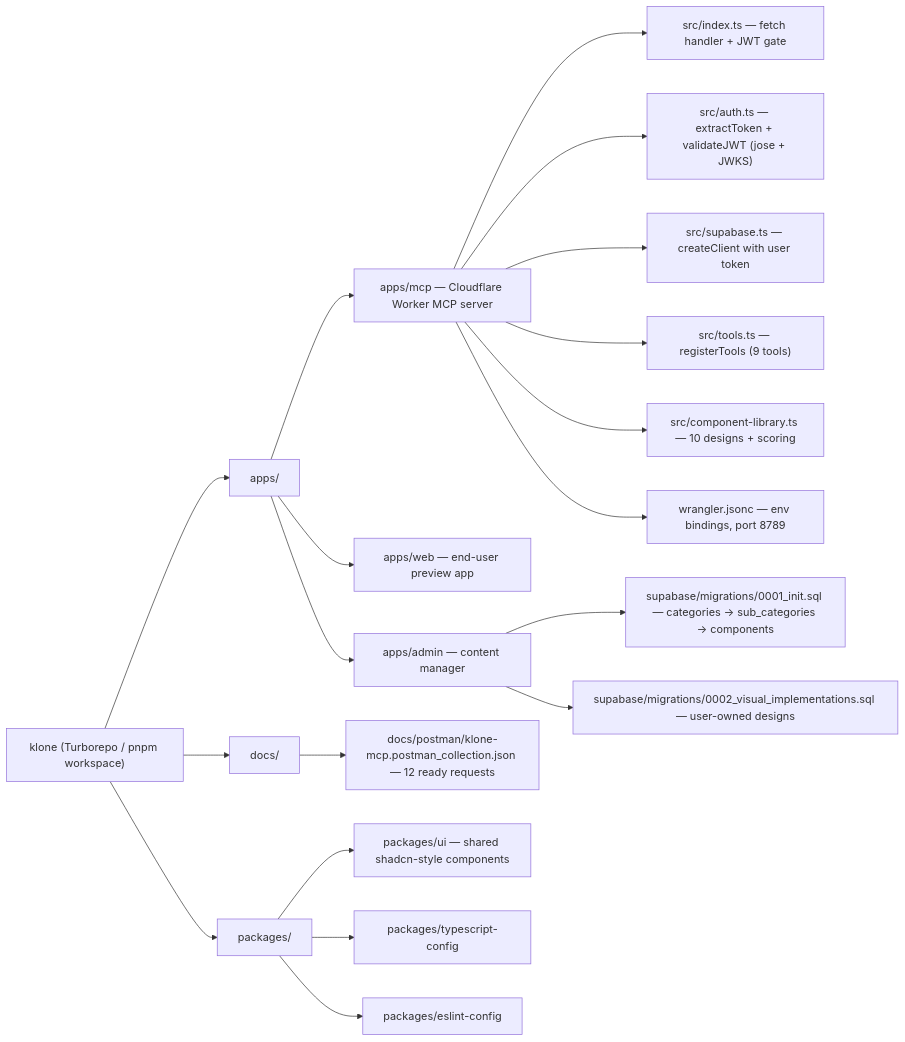
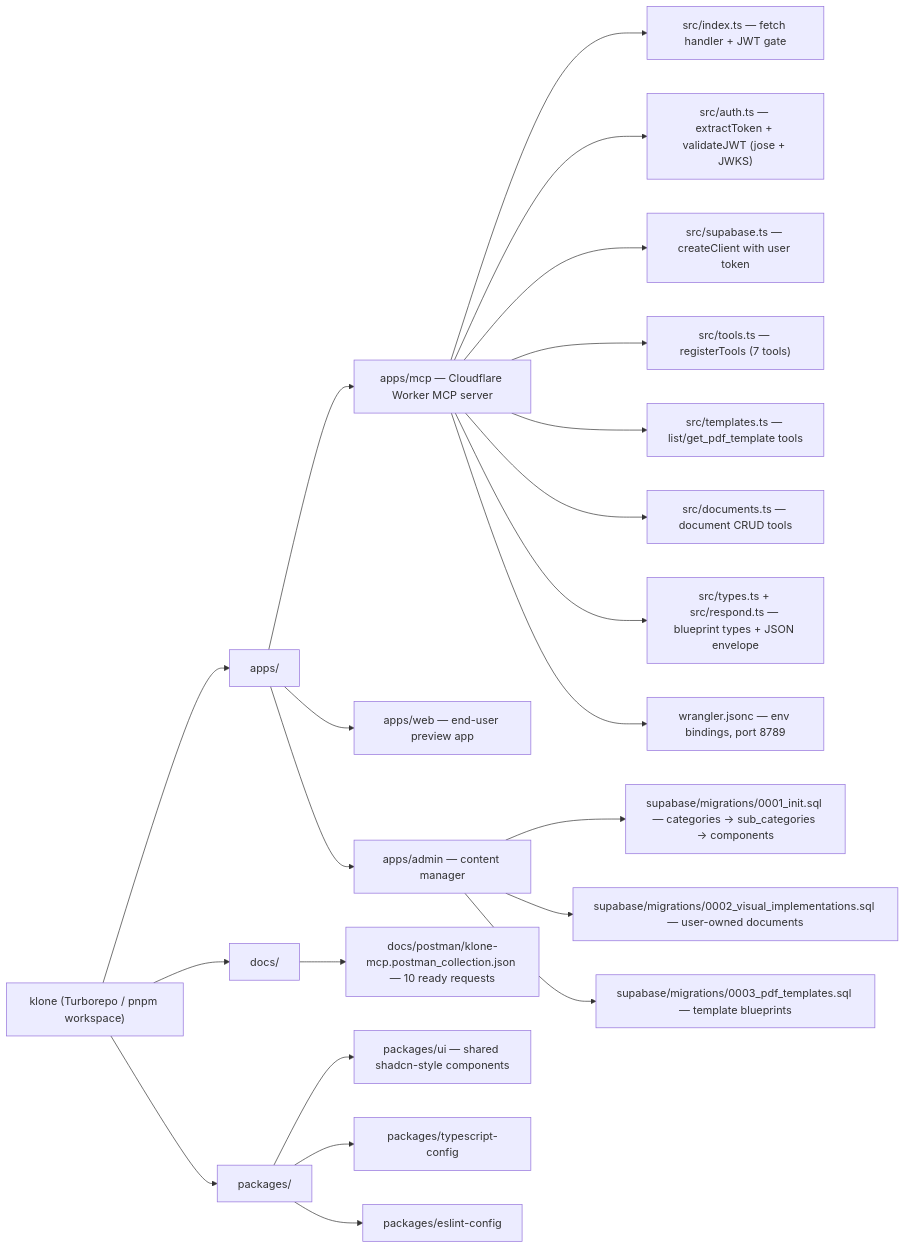
The third of 7 diagrams in README.md (iillcode/klone), drawn with Mermaid before and after one commit. The commit also changed other lines of this file and 55 other files, not shown here.

````diff
--- a/README.md
+++ b/README.md
@@ -136,25 +148,28 @@
 ```mermaid
 flowchart LR
     ROOT["klone (Turborepo / pnpm workspace)"] --> APPS["apps/"]
     ROOT --> PKGS["packages/"]
     ROOT --> DOCS["docs/"]
 
     APPS --> MCPAPP["apps/mcp — Cloudflare Worker MCP server"]
     APPS --> WEB["apps/web — end-user preview app"]
     APPS --> ADMIN["apps/admin — content manager"]
 
     MCPAPP --> M1["src/index.ts — fetch handler + JWT gate"]
     MCPAPP --> M2["src/auth.ts — extractToken + validateJWT (jose + JWKS)"]
     MCPAPP --> M3["src/supabase.ts — createClient with user token"]
-    MCPAPP --> M4["src/tools.ts — registerTools (9 tools)"]
-    MCPAPP --> M5["src/component-library.ts — 10 designs + scoring"]
-    MCPAPP --> M6["wrangler.jsonc — env bindings, port 8789"]
+    MCPAPP --> M4["src/tools.ts — registerTools (7 tools)"]
+    MCPAPP --> M5["src/templates.ts — list/get_pdf_template tools"]
+    MCPAPP --> M6["src/documents.ts — document CRUD tools"]
+    MCPAPP --> M7["src/types.ts + src/respond.ts — blueprint types + JSON envelope"]
+    MCPAPP --> M8["wrangler.jsonc — env bindings, port 8789"]
 
     ADMIN --> A1["supabase/migrations/0001_init.sql — categories → sub_categories → components"]
-    ADMIN --> A2["supabase/migrations/0002_visual_implementations.sql — user-owned designs"]
-    DOCS --> P1["docs/postman/klone-mcp.postman_collection.json — 12 ready requests"]
+    ADMIN --> A2["supabase/migrations/0002_visual_implementations.sql — user-owned documents"]
+    ADMIN --> A3["supabase/migrations/0003_pdf_templates.sql — template blueprints"]
+    DOCS --> P1["docs/postman/klone-mcp.postman_collection.json — 10 ready requests"]
 
     PKGS --> UIP["packages/ui — shared shadcn-style components"]
     PKGS --> TSC["packages/typescript-config"]
     PKGS --> ESL["packages/eslint-config"]
 ```
````
